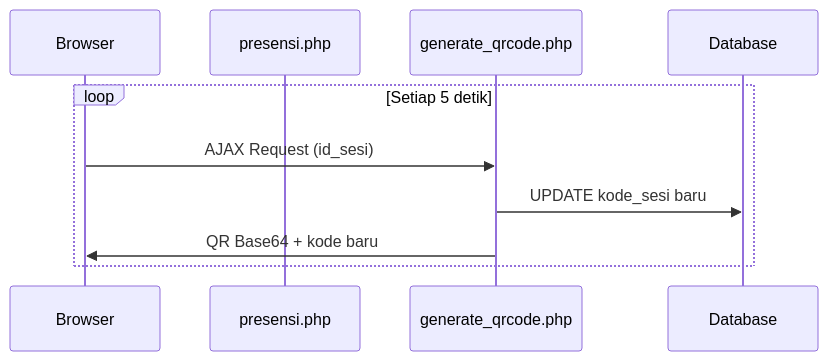
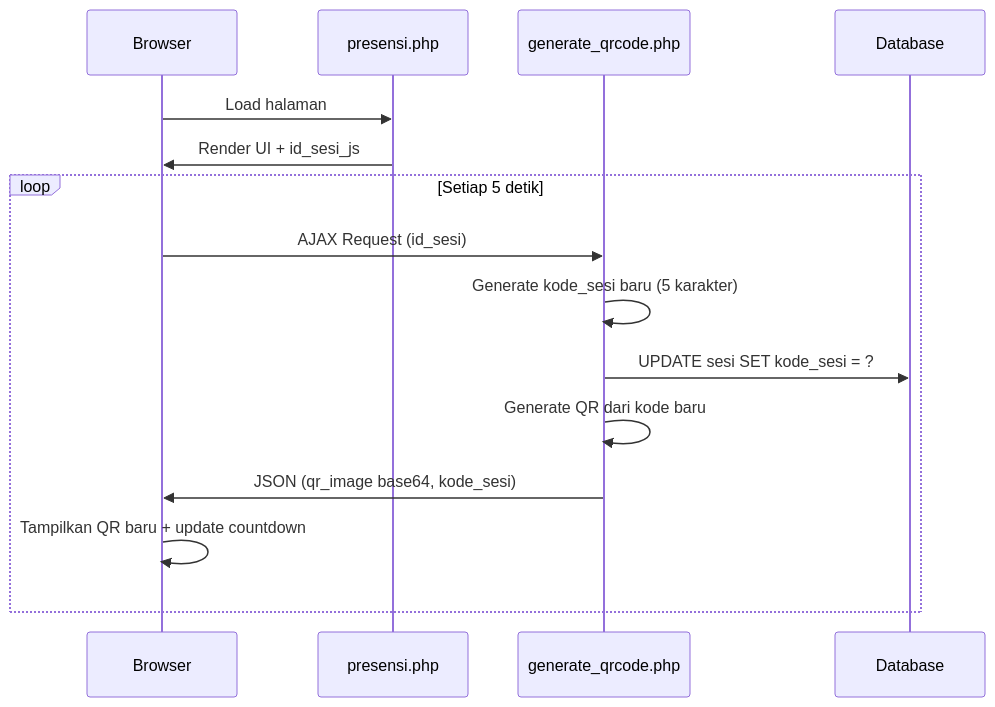
Before and after one commit to litelmurpi/azfa: the third of 7 diagrams in laporan_lengkap_bp2_amikom.md, drawn with Mermaid. The commit also changed other lines of this file, not shown here.

````diff
--- a/laporan_lengkap_bp2_amikom.md
+++ b/laporan_lengkap_bp2_amikom.md
@@ -80,13 +201,19 @@
 ```mermaid
 sequenceDiagram
     participant Browser
     participant presensi.php
     participant generate_qrcode.php
     participant Database
 
+    Browser->>presensi.php: Load halaman
+    presensi.php->>Browser: Render UI + id_sesi_js
+
     loop Setiap 5 detik
         Browser->>generate_qrcode.php: AJAX Request (id_sesi)
-        generate_qrcode.php->>Database: UPDATE kode_sesi baru
-        generate_qrcode.php->>Browser: QR Base64 + kode baru
+        generate_qrcode.php->>generate_qrcode.php: Generate kode_sesi baru (5 karakter)
+        generate_qrcode.php->>Database: UPDATE sesi SET kode_sesi = ?
+        generate_qrcode.php->>generate_qrcode.php: Generate QR dari kode baru
+        generate_qrcode.php->>Browser: JSON (qr_image base64, kode_sesi)
+        Browser->>Browser: Tampilkan QR baru + update countdown
     end
 ```
````
